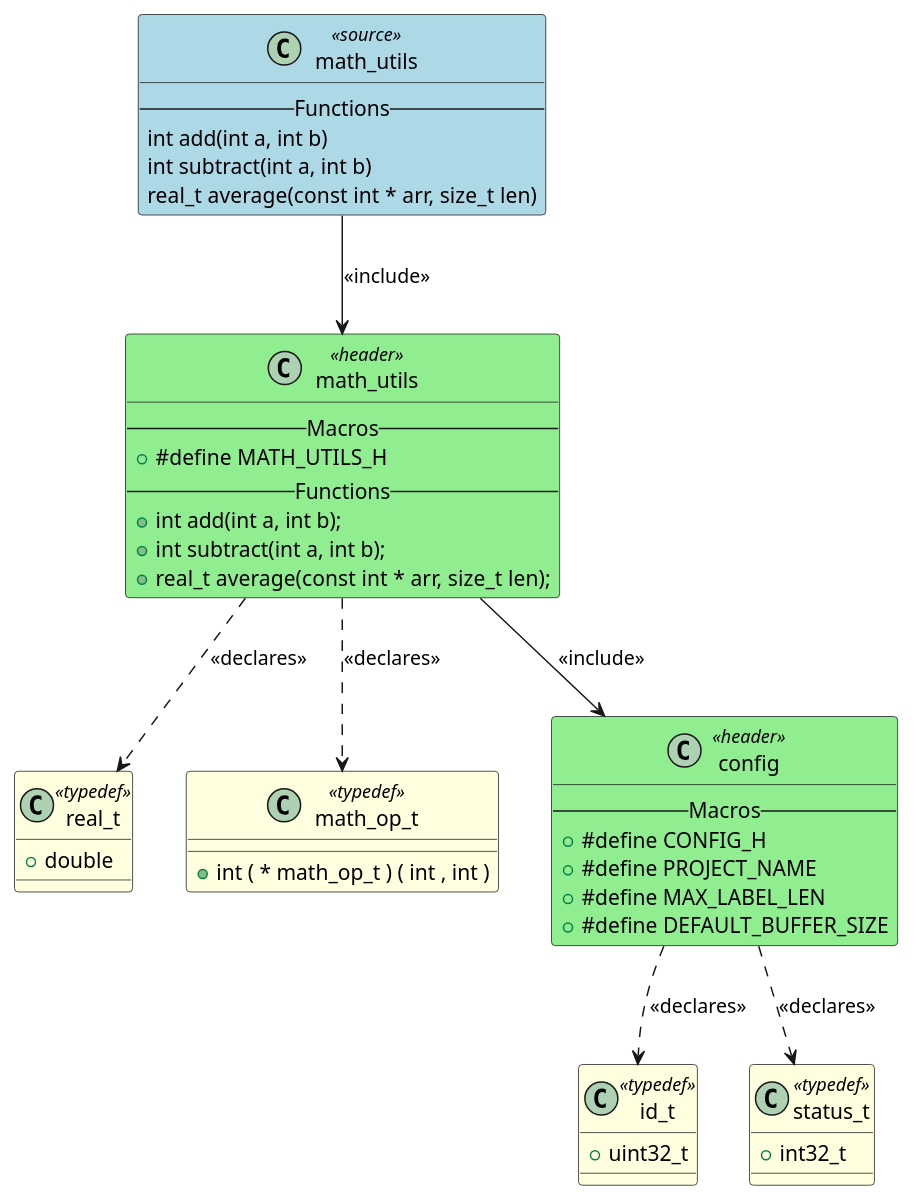
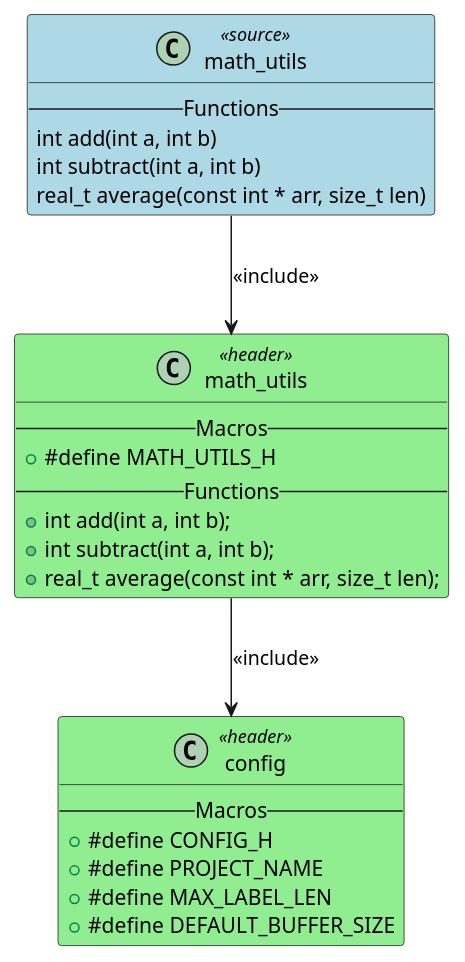
One commit to fischerjooo/c2puml changed the diagram in output/math_utils.puml. Above: the diagram before and after it, drawn with PlantUML. The commit also changed 9 other files, not shown here.

```diff
--- a/output/math_utils.puml
+++ b/output/math_utils.puml
@@ -1,55 +1,31 @@
 @startuml math_utils
 
 class "math_utils" as MATH_UTILS <<source>> #LightBlue
 {
 -- Functions --
 int add(int a, int b)
 int subtract(int a, int b)
 real_t average(const int * arr, size_t len)
-}
-
-class "real_t" as TYPEDEF_REAL_T <<typedef>> #LightYellow
-{
-+ double
-}
-
-class "math_op_t" as TYPEDEF_MATH_OP_T <<typedef>> #LightYellow
-{
-+ int ( * math_op_t ) ( int , int )
-}
-
-class "id_t" as TYPEDEF_ID_T <<typedef>> #LightYellow
-{
-+ uint32_t
-}
-
-class "status_t" as TYPEDEF_STATUS_T <<typedef>> #LightYellow
-{
-+ int32_t
 }
 
 class "math_utils" as HEADER_MATH_UTILS <<header>> #LightGreen
 {
 -- Macros --
 + #define MATH_UTILS_H
 -- Functions --
 + int add(int a, int b);
 + int subtract(int a, int b);
 + real_t average(const int * arr, size_t len);
 }
 class "config" as HEADER_CONFIG <<header>> #LightGreen
 {
 -- Macros --
 + #define CONFIG_H
 + #define PROJECT_NAME
 + #define MAX_LABEL_LEN
 + #define DEFAULT_BUFFER_SIZE
 }
 MATH_UTILS --> HEADER_MATH_UTILS : <<include>>
 HEADER_MATH_UTILS --> HEADER_CONFIG : <<include>>
-HEADER_MATH_UTILS ..> TYPEDEF_REAL_T : <<declares>>
-HEADER_MATH_UTILS ..> TYPEDEF_MATH_OP_T : <<declares>>
-HEADER_CONFIG ..> TYPEDEF_ID_T : <<declares>>
-HEADER_CONFIG ..> TYPEDEF_STATUS_T : <<declares>>
 
 @enduml
```
